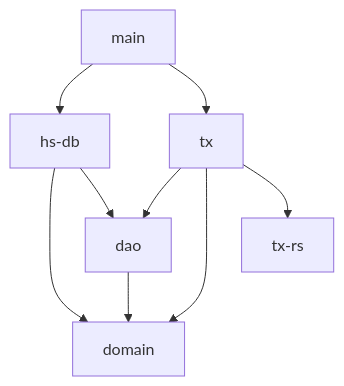
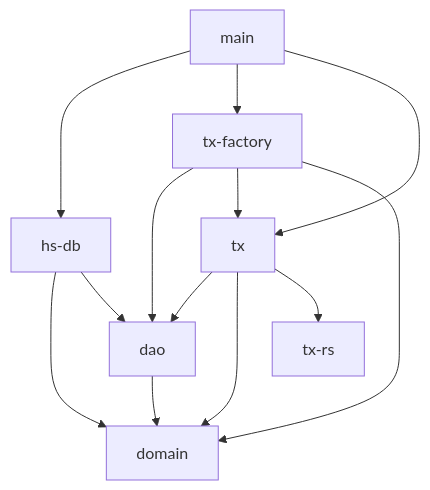
Before and after one commit to cutsea110/payroll: the diagram in README.md, drawn with Mermaid. The commit also changed 1 other file, not shown here.

Commit message:
tx-factory

````diff
--- a/README.md
+++ b/README.md
@@ -3,12 +3,16 @@
 ```mermaid
 graph TD
 
   dao --> domain
   tx --> dao
   tx --> domain
   tx --> tx-rs
+  tx-factory --> dao
+  tx-factory --> tx
+  tx-factory --> domain
   hs-db --> domain
   hs-db --> dao
   main --> hs-db
+  main --> tx-factory
   main --> tx
 ```
````
